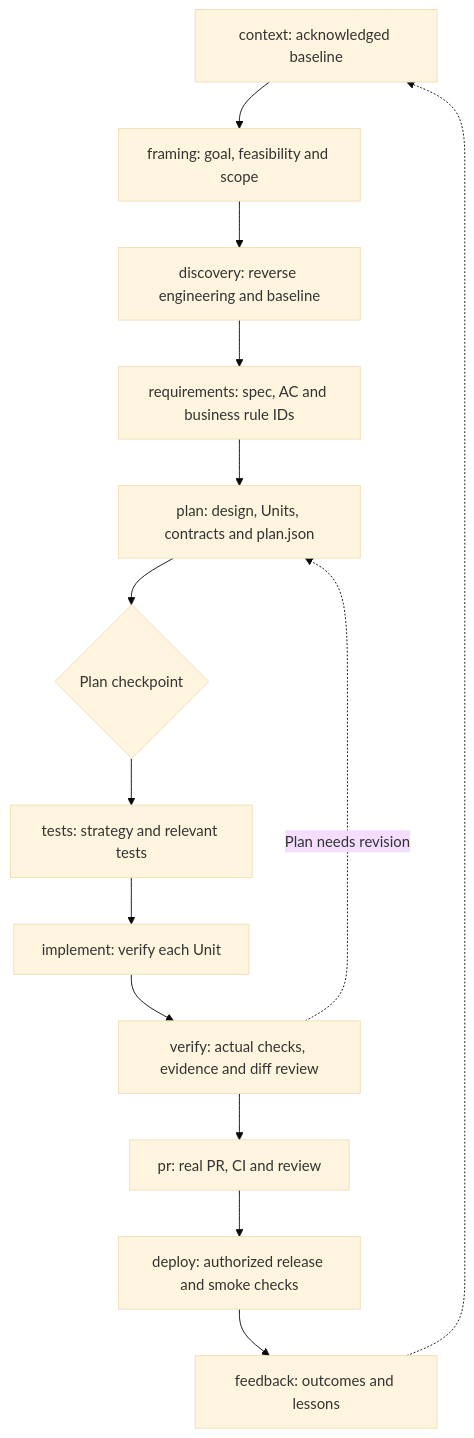
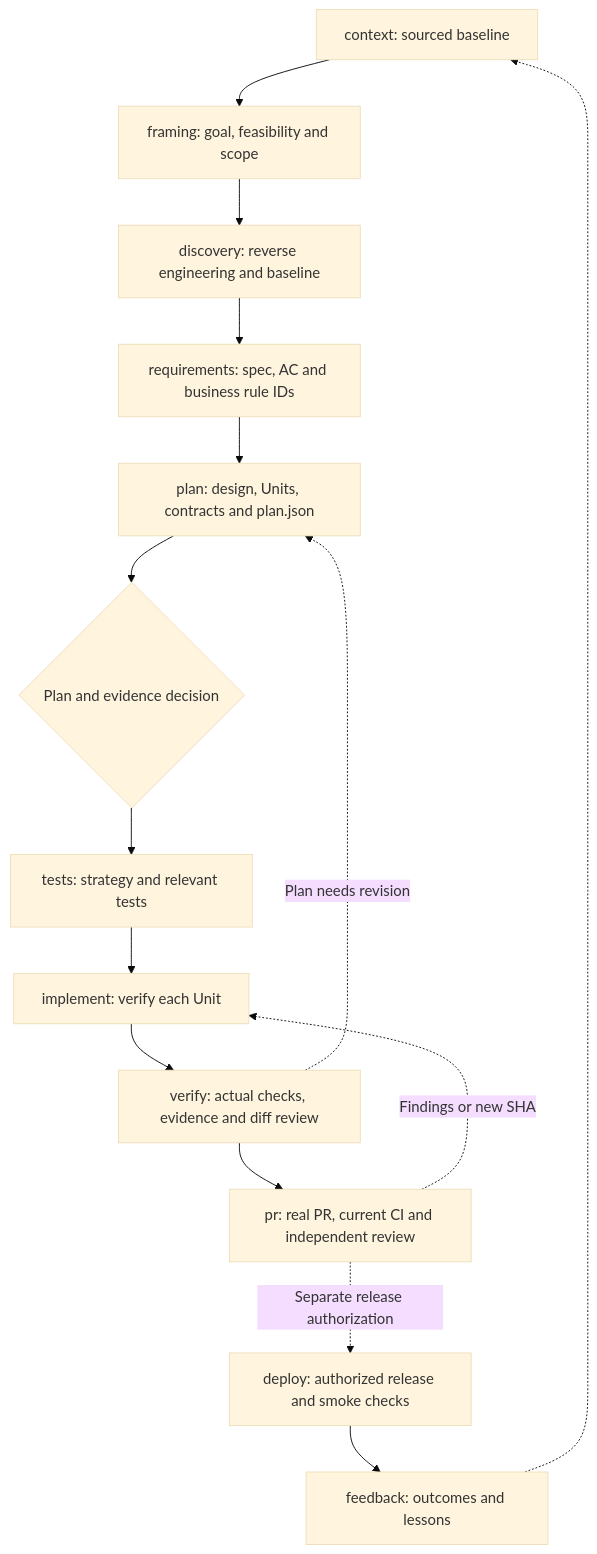
Before and after one commit to qucuongdev/spec-driven-ai: the second of 4 diagrams in .aidlc/docs/WORKFLOW.md, drawn with Mermaid (base theme). The commit also changed other lines of this file and 118 other files, not shown here.

First line of the commit message:
feat: harden AI-DLC v2.0 lifecycle, resolve review findings, and add bilingual docs

````diff
--- a/.aidlc/docs/WORKFLOW.md
+++ b/.aidlc/docs/WORKFLOW.md
@@ -31,16 +31,17 @@
 ```mermaid
 flowchart TD
-    context["context: acknowledged baseline"] --> framing["framing: goal, feasibility and scope"]
+    context["context: sourced baseline"] --> framing["framing: goal, feasibility and scope"]
     framing --> discovery["discovery: reverse engineering and baseline"]
     discovery --> requirements["requirements: spec, AC and business rule IDs"]
     requirements --> plan["plan: design, Units, contracts and plan.json"]
-    plan --> gate{"Plan checkpoint"}
+    plan --> gate{"Plan and evidence decision"}
     gate --> tests["tests: strategy and relevant tests"]
     tests --> implement["implement: verify each Unit"]
     implement --> verify["verify: actual checks, evidence and diff review"]
-    verify --> pr["pr: real PR, CI and review"]
-    pr --> deploy["deploy: authorized release and smoke checks"]
+    verify --> pr["pr: real PR, current CI and independent review"]
+    pr -.->|Separate release authorization| deploy["deploy: authorized release and smoke checks"]
+    pr -.->|Findings or new SHA| implement
     deploy --> feedback["feedback: outcomes and lessons"]
     verify -.->|Plan needs revision| plan
     feedback -.-> context
 ```
````
